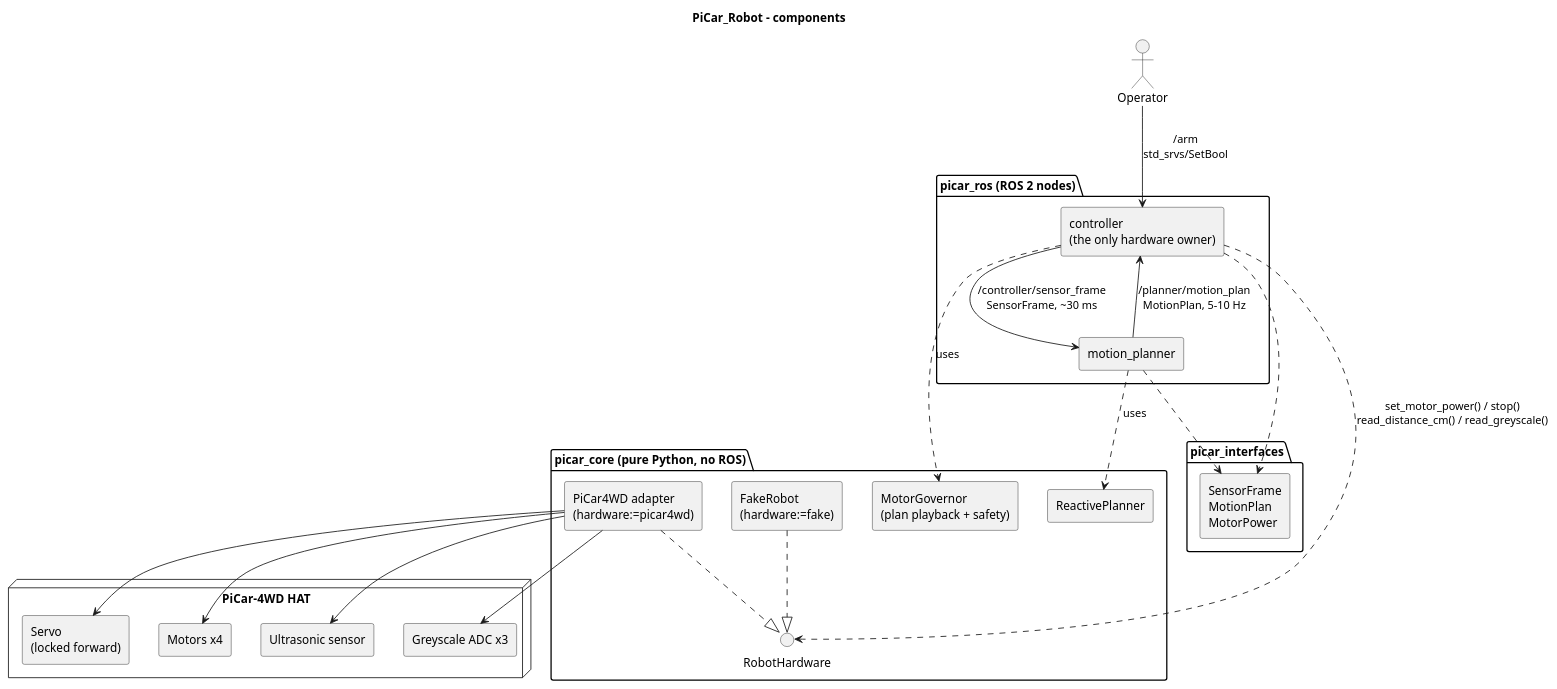
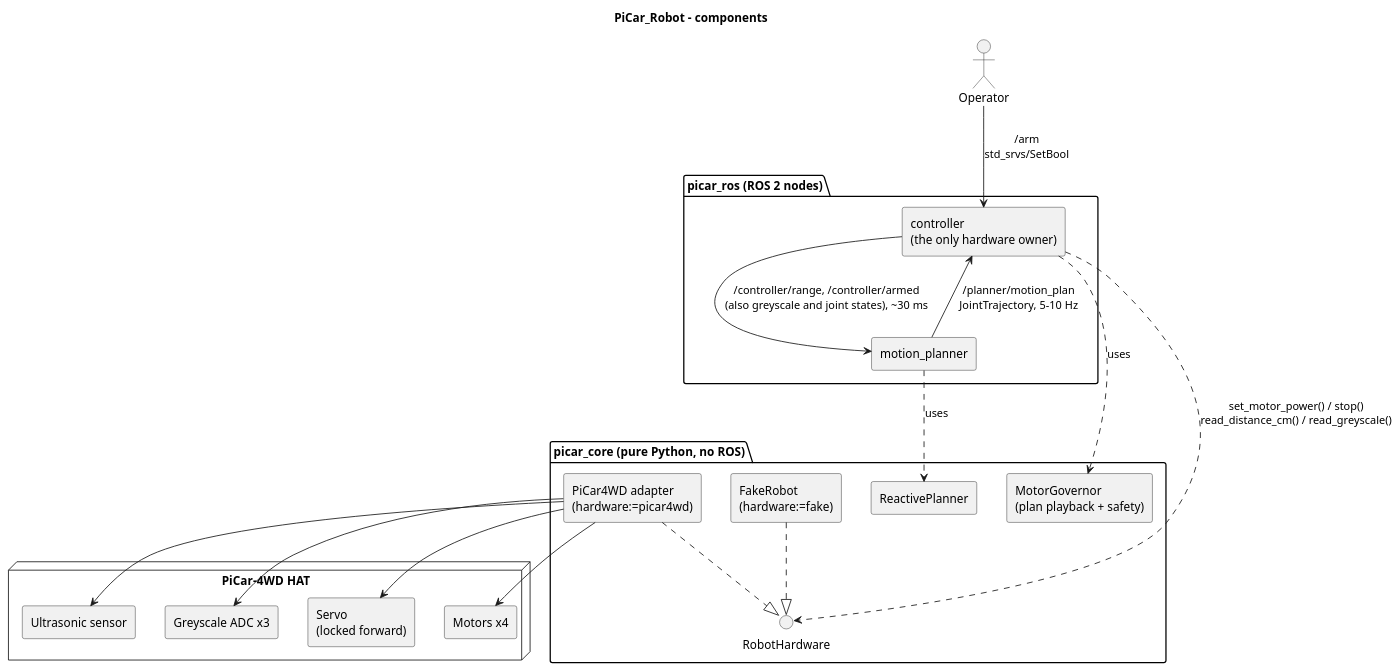
One commit to ram3917/PiCar_Robot changed the diagram in docs/architecture.puml. Above: the diagram before and after it, drawn with PlantUML. The commit also changed 42 other files, not shown here.

```diff
--- a/docs/architecture.puml
+++ b/docs/architecture.puml
@@ -1,50 +1,44 @@
 @startuml architecture
 title PiCar_Robot - components
 
 skinparam componentStyle rectangle
 
 actor Operator
 
 package "picar_ros (ROS 2 nodes)" {
   component "controller\n(the only hardware owner)" as controller
   component "motion_planner" as planner
-}
-
-package "picar_interfaces" {
-  component "SensorFrame\nMotionPlan\nMotorPower" as msgs
 }
 
 package "picar_core (pure Python, no ROS)" {
   component "MotorGovernor\n(plan playback + safety)" as governor
   component "ReactivePlanner" as reactive
   interface "RobotHardware" as hw
   component "FakeRobot\n(hardware:=fake)" as fake
   component "PiCar4WD adapter\n(hardware:=picar4wd)" as adapter
 }
 
 node "PiCar-4WD HAT" as hat {
   component "Ultrasonic sensor" as sonar
   component "Greyscale ADC x3" as grey
   component "Servo\n(locked forward)" as servo
   component "Motors x4" as motors
 }
 
-controller --> planner : /controller/sensor_frame\nSensorFrame, ~30 ms
-planner --> controller : /planner/motion_plan\nMotionPlan, 5-10 Hz
+controller --> planner : /controller/range, /controller/armed\n(also greyscale and joint states), ~30 ms
+planner --> controller : /planner/motion_plan\nJointTrajectory, 5-10 Hz
 Operator --> controller : /arm\nstd_srvs/SetBool
 
 controller ..> governor : uses
 planner ..> reactive : uses
 controller ..> hw : set_motor_power() / stop()\nread_distance_cm() / read_greyscale()
-controller ..> msgs
-planner ..> msgs
 
 fake ..|> hw
 adapter ..|> hw
 
 adapter --> sonar
 adapter --> grey
 adapter --> servo
 adapter --> motors
 
 @enduml
```
